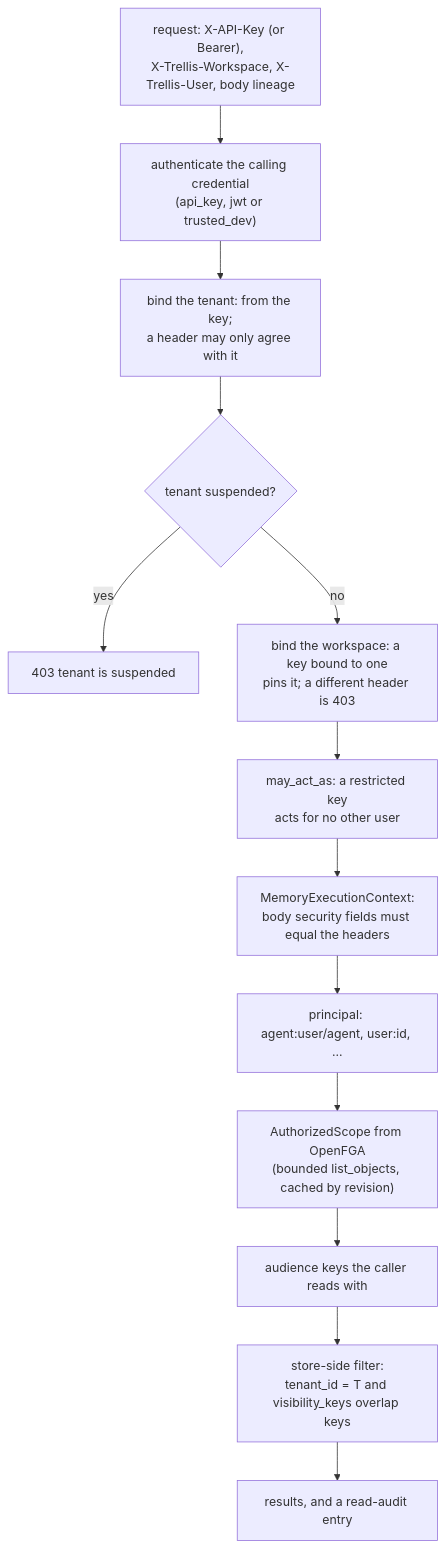
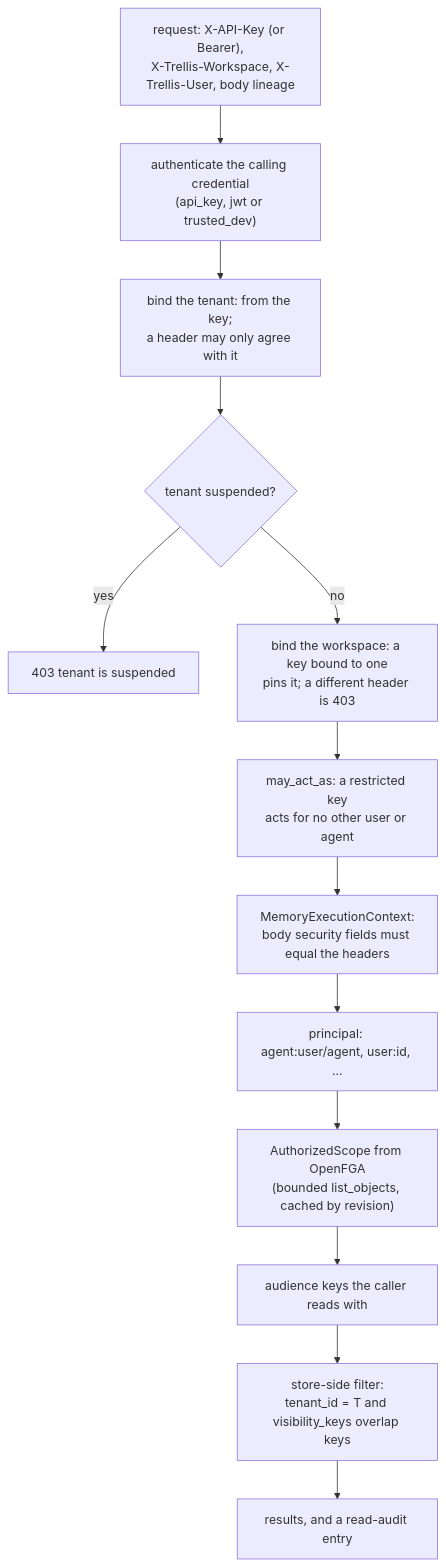
The first of 2 diagrams in docs/guide/07-authorization.md (amitmohapatra/agent-memory-service), drawn with Mermaid before and after one commit. The commit also changed other lines of this file and 199 other files, not shown here.

````diff
--- a/docs/guide/07-authorization.md
+++ b/docs/guide/07-authorization.md
@@ -15,15 +15,15 @@
 ```mermaid
 flowchart TB
   R["request: X-API-Key (or Bearer),<br/>X-Trellis-Workspace, X-Trellis-User, body lineage"] --> AU["authenticate the calling credential<br/>(api_key, jwt or trusted_dev)"]
   AU --> TB["bind the tenant: from the key#59;<br/>a header may only agree with it"]
   TB --> SU{tenant suspended?}
   SU -->|yes| D403[403 tenant is suspended]
   SU -->|no| WS["bind the workspace: a key bound to one<br/>pins it#59; a different header is 403"]
-  WS --> MAA["may_act_as: a restricted key<br/>acts for no other user"]
+  WS --> MAA["may_act_as: a restricted key<br/>acts for no other user or agent"]
   MAA --> CTX["MemoryExecutionContext:<br/>body security fields must equal the headers"]
   CTX --> PR["principal: agent:user/agent, user:id, ..."]
   PR --> SC["AuthorizedScope from OpenFGA<br/>(bounded list_objects, cached by revision)"]
   SC --> KEYS["audience keys the caller reads with"]
   KEYS --> F["store-side filter:<br/>tenant_id = T and visibility_keys overlap keys"]
   F --> RES["results, and a read-audit entry"]
 ```
````
